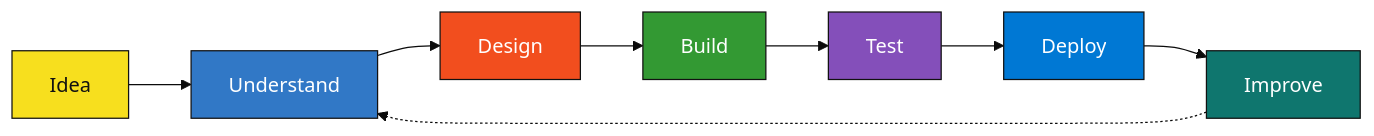
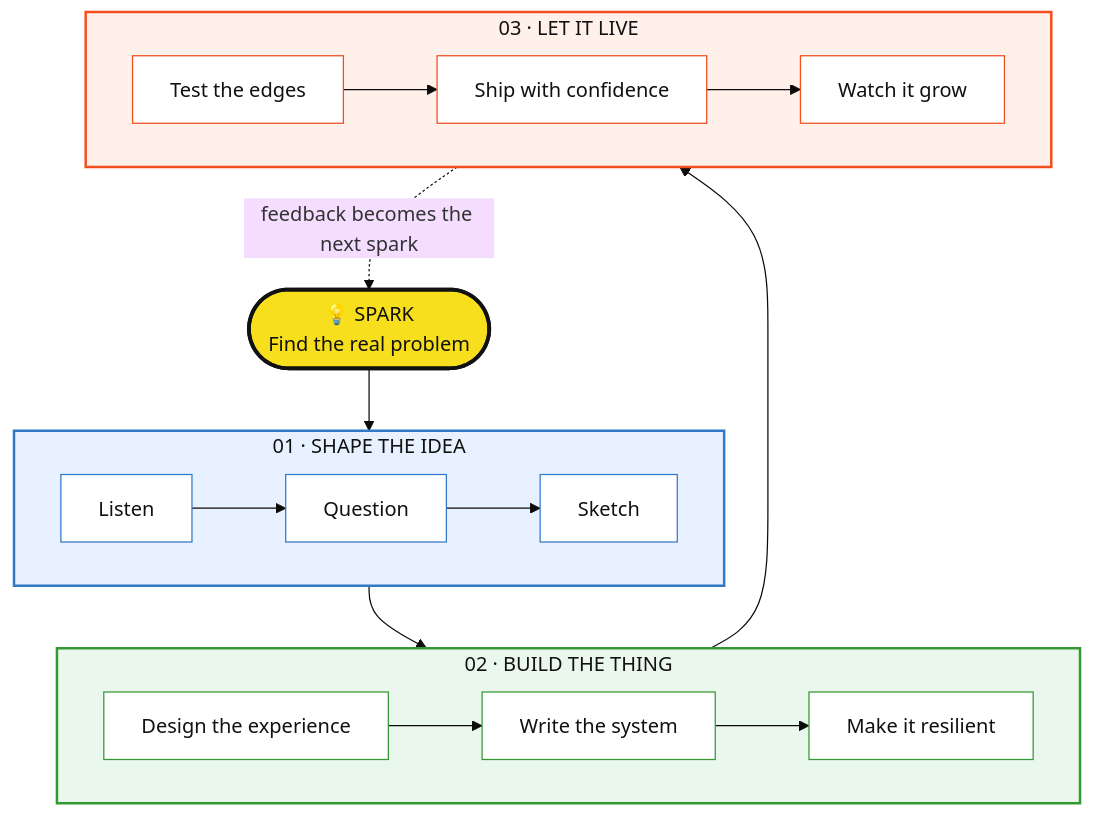
The diagram in README.md (shasidudilaksha/shasidudilaksha), drawn with Mermaid (base theme) before and after one commit.

````diff
--- a/README.md
+++ b/README.md
@@ -84,18 +84,37 @@
 ```mermaid
-flowchart LR
-	A[Idea] --> B[Understand]
-	B --> C[Design]
-	C --> D[Build]
-	D --> E[Test]
-	E --> F[Deploy]
-	F --> G[Improve]
-	G -.-> B
+flowchart TB
+	S([💡 SPARK<br/>Find the real problem]) --> H
 
-	style A fill:#F7DF1E,stroke:#111111,color:#111111
-	style B fill:#3178C6,stroke:#111111,color:#FFFFFF
-	style C fill:#F24E1E,stroke:#111111,color:#FFFFFF
-	style D fill:#339933,stroke:#111111,color:#FFFFFF
-	style E fill:#844FBA,stroke:#111111,color:#FFFFFF
-	style F fill:#0078D4,stroke:#111111,color:#FFFFFF
-	style G fill:#0F766E,stroke:#111111,color:#FFFFFF
+	subgraph H[01 · SHAPE THE IDEA]
+		direction LR
+		H1[Listen] --> H2[Question] --> H3[Sketch]
+	end
+
+	H --> B
+	subgraph B[02 · BUILD THE THING]
+		direction LR
+		B1[Design the experience] --> B2[Write the system] --> B3[Make it resilient]
+	end
+
+	B --> L
+	subgraph L[03 · LET IT LIVE]
+		direction LR
+		L1[Test the edges] --> L2[Ship with confidence] --> L3[Watch it grow]
+	end
+
+	L -.->|feedback becomes the next spark| S
+
+	style S fill:#F7DF1E,stroke:#111111,color:#111111,stroke-width:3px
+	style H fill:#E8F1FF,stroke:#3178C6,color:#111111,stroke-width:2px
+	style B fill:#EAF7EC,stroke:#339933,color:#111111,stroke-width:2px
+	style L fill:#FFF0EA,stroke:#F24E1E,color:#111111,stroke-width:2px
+	style H1 fill:#FFFFFF,stroke:#3178C6,color:#111111
+	style H2 fill:#FFFFFF,stroke:#3178C6,color:#111111
+	style H3 fill:#FFFFFF,stroke:#3178C6,color:#111111
+	style B1 fill:#FFFFFF,stroke:#339933,color:#111111
+	style B2 fill:#FFFFFF,stroke:#339933,color:#111111
+	style B3 fill:#FFFFFF,stroke:#339933,color:#111111
+	style L1 fill:#FFFFFF,stroke:#F24E1E,color:#111111
+	style L2 fill:#FFFFFF,stroke:#F24E1E,color:#111111
+	style L3 fill:#FFFFFF,stroke:#F24E1E,color:#111111
 ```
````
